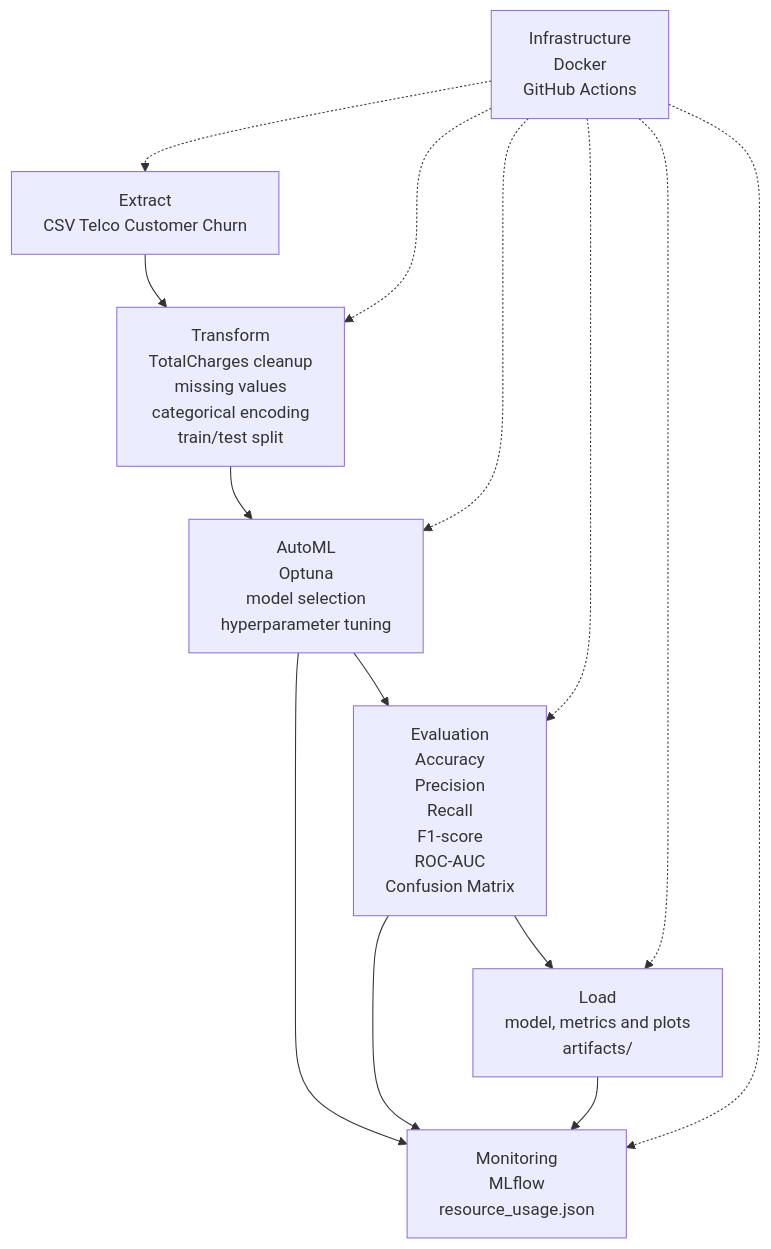
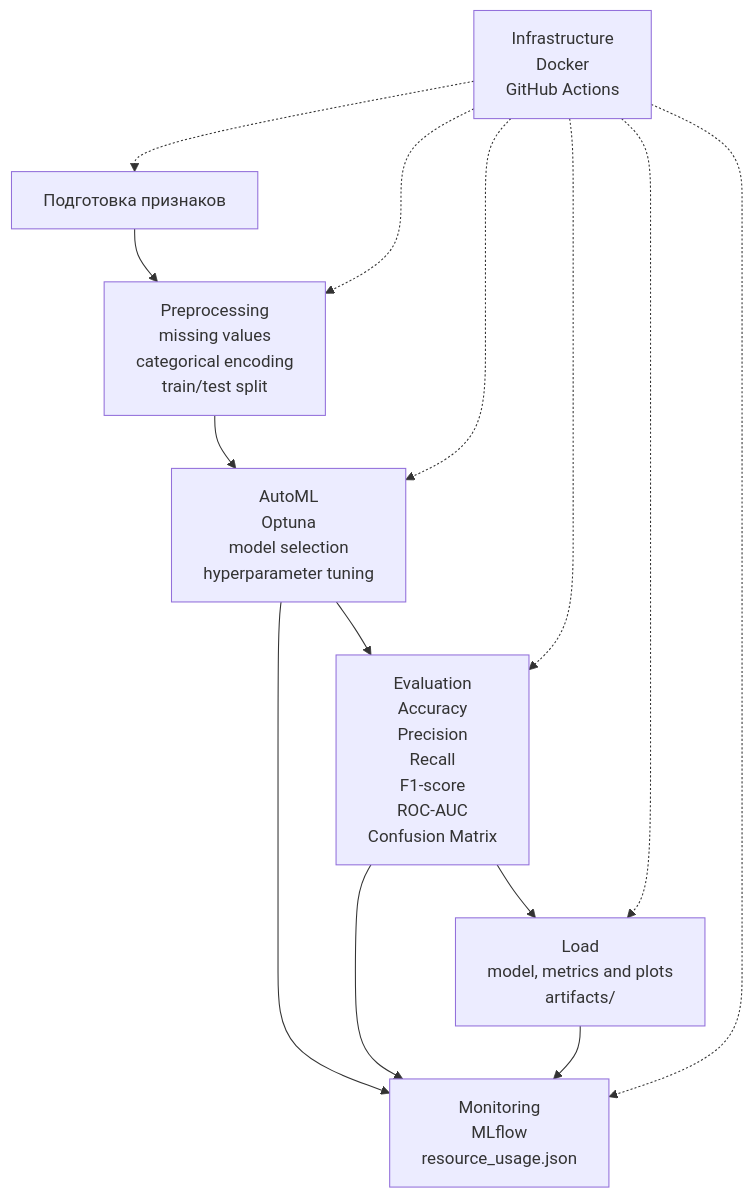
The diagram in README.md (kkropachev12/AutoML-project), drawn with Mermaid before and after one commit. The commit also changed other lines of this file, not shown here.

````diff
--- a/README.md
+++ b/README.md
@@ -103,16 +49,16 @@
 ```mermaid
 flowchart TD
-    A["Extract<br/>CSV Telco Customer Churn"] --> B["Transform<br/>TotalCharges cleanup<br/>missing values<br/>categorical encoding<br/>train/test split"]
+    A["Подготовка признаков"] --> B["Preprocessing<br/>missing values<br/>categorical encoding<br/>train/test split"]
     B --> C["AutoML<br/>Optuna<br/>model selection<br/>hyperparameter tuning"]
     C --> D["Evaluation<br/>Accuracy<br/>Precision<br/>Recall<br/>F1-score<br/>ROC-AUC<br/>Confusion Matrix"]
     D --> E["Load<br/>model, metrics and plots<br/>artifacts/"]
     C --> F["Monitoring<br/>MLflow<br/>resource_usage.json"]
     D --> F
     E --> F
     G["Infrastructure<br/>Docker<br/>GitHub Actions"] -.-> A
     G -.-> B
     G -.-> C
     G -.-> D
     G -.-> E
     G -.-> F
 ```
````
